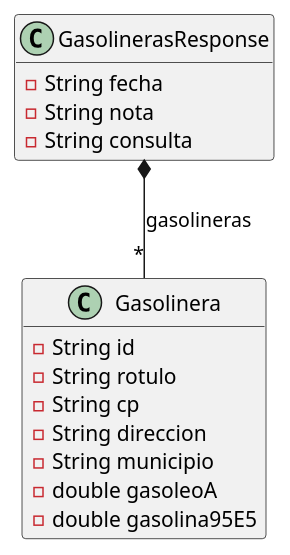
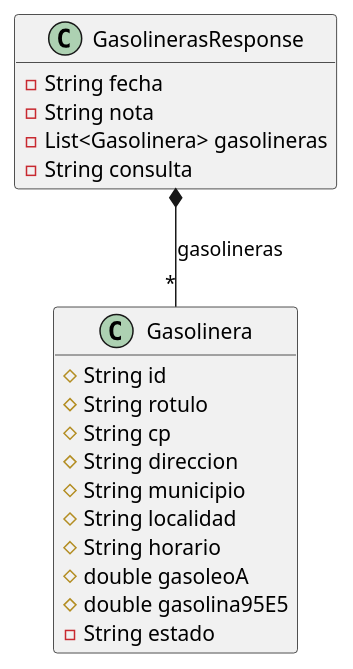
The diagram in Docs/Models/domain.puml (isunican/App-Gasolineras-Grupo5), drawn with PlantUML before and after one commit. The commit also changed 1 other file, not shown here.

```diff
--- a/Docs/Models/domain.puml
+++ b/Docs/Models/domain.puml
@@ -1,23 +1,30 @@
 @startuml
 
 hide empty members
 
 class Gasolinera {
-    - String id
-    - String rotulo
-    - String cp
-    - String direccion
-    - String municipio
-    - double gasoleoA
-    - double gasolina95E5
+    #  String id
+    #  String rotulo
+    #  String cp
+    #  String direccion
+    #  String municipio
+    #  String localidad
+    #  String horario
+    #  double gasoleoA
+    #  double gasolina95E5
+    -  String estado
+    
+    
 }
 
 class GasolinerasResponse {
-    - String fecha
-    - String nota
-    - String consulta
+    -  String fecha
+    -  String nota
+    -  List<Gasolinera> gasolineras        
+    -  String consulta
+  
 }
 
 GasolinerasResponse *-- "*" Gasolinera : gasolineras
 
 @enduml
```
